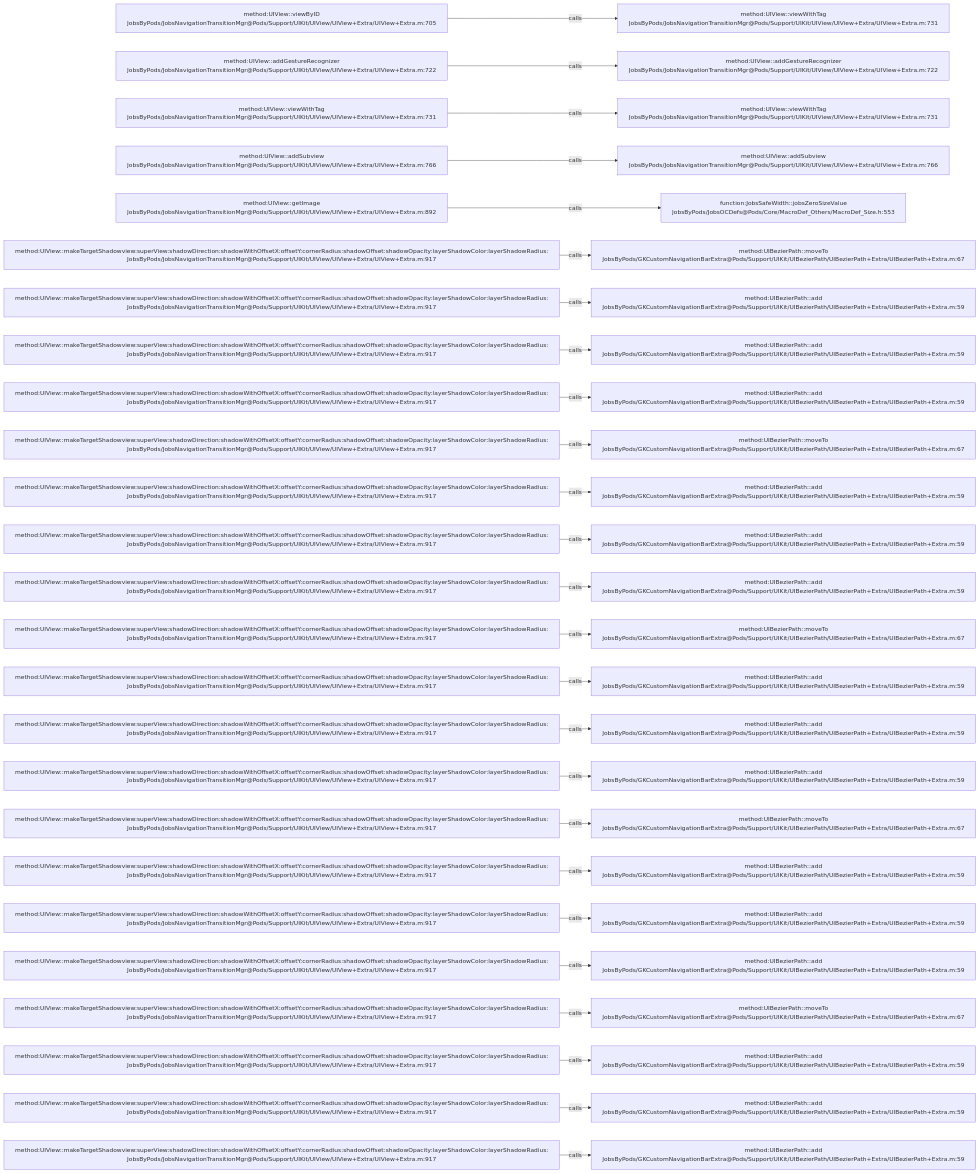
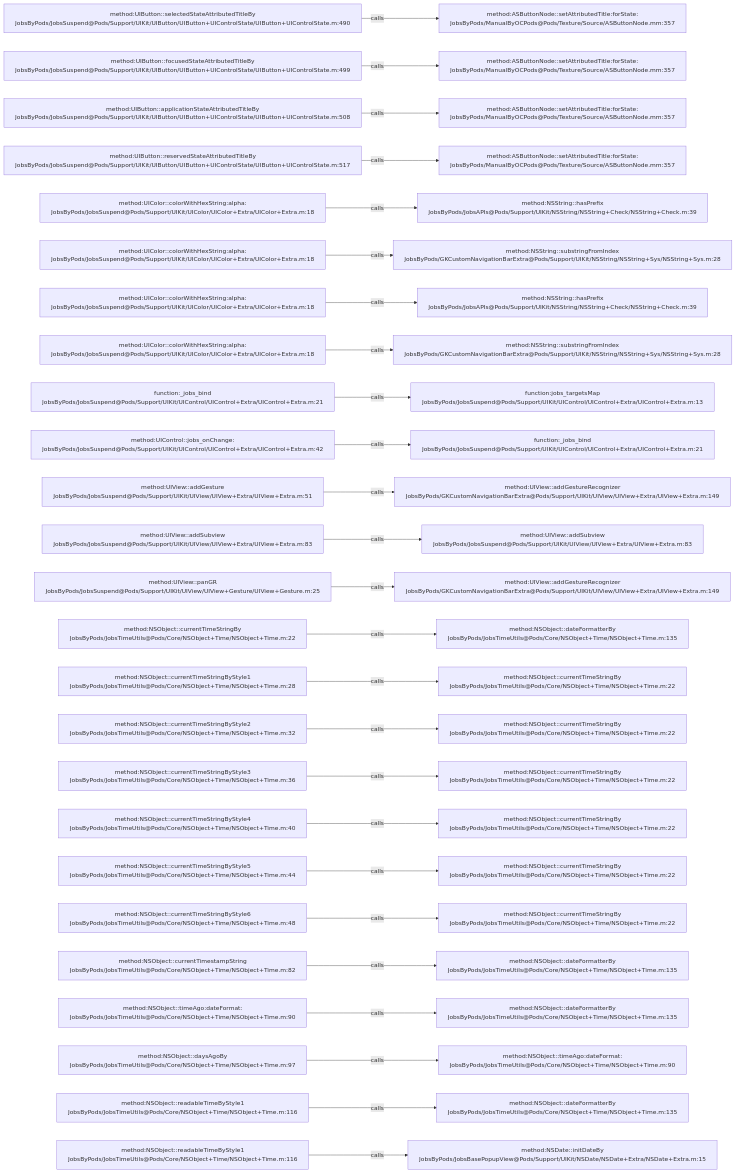
The diagram in .codegraph/codegraph.md/graphs/calls-171.md (JobsKits/JobsOCBaseConfigDemo), drawn with Mermaid before and after one commit. The commit also changed 1026 other files, not shown here.

````diff
--- a/.codegraph/codegraph.md/graphs/calls-171.md
+++ b/.codegraph/codegraph.md/graphs/calls-171.md
@@ -13,78 +13,78 @@
 ```mermaid
 flowchart LR
-  S1["method:UIView::viewByID<br/>JobsByPods/JobsNavigationTransitionMgr@Pods/Support/UIKit/UIView/UIView+Extra/UIView+Extra.m:705"]
-  T1["method:UIView::viewWithTag<br/>JobsByPods/JobsNavigationTransitionMgr@Pods/Support/UIKit/UIView/UIView+Extra/UIView+Extra.m:731"]
+  S1["method:UIButton::selectedStateAttributedTitleBy<br/>JobsByPods/JobsSuspend@Pods/Support/UIKit/UIButton/UIButton+UIControlState/UIButton+UIControlState.m:490"]
+  T1["method:ASButtonNode::setAttributedTitle:forState:<br/>JobsByPods/ManualByOCPods@Pods/Texture/Source/ASButtonNode.mm:357"]
   S1 -->|calls| T1
-  S2["method:UIView::addGestureRecognizer<br/>JobsByPods/JobsNavigationTransitionMgr@Pods/Support/UIKit/UIView/UIView+Extra/UIView+Extra.m:722"]
-  T2["method:UIView::addGestureRecognizer<br/>JobsByPods/JobsNavigationTransitionMgr@Pods/Support/UIKit/UIView/UIView+Extra/UIView+Extra.m:722"]
+  S2["method:UIButton::focusedStateAttributedTitleBy<br/>JobsByPods/JobsSuspend@Pods/Support/UIKit/UIButton/UIButton+UIControlState/UIButton+UIControlState.m:499"]
+  T2["method:ASButtonNode::setAttributedTitle:forState:<br/>JobsByPods/ManualByOCPods@Pods/Texture/Source/ASButtonNode.mm:357"]
   S2 -->|calls| T2
-  S3["method:UIView::viewWithTag<br/>JobsByPods/JobsNavigationTransitionMgr@Pods/Support/UIKit/UIView/UIView+Extra/UIView+Extra.m:731"]
-  T3["method:UIView::viewWithTag<br/>JobsByPods/JobsNavigationTransitionMgr@Pods/Support/UIKit/UIView/UIView+Extra/UIView+Extra.m:731"]
+  S3["method:UIButton::applicationStateAttributedTitleBy<br/>JobsByPods/JobsSuspend@Pods/Support/UIKit/UIButton/UIButton+UIControlState/UIButton+UIControlState.m:508"]
+  T3["method:ASButtonNode::setAttributedTitle:forState:<br/>JobsByPods/ManualByOCPods@Pods/Texture/Source/ASButtonNode.mm:357"]
   S3 -->|calls| T3
-  S4["method:UIView::addSubview<br/>JobsByPods/JobsNavigationTransitionMgr@Pods/Support/UIKit/UIView/UIView+Extra/UIView+Extra.m:766"]
-  T4["method:UIView::addSubview<br/>JobsByPods/JobsNavigationTransitionMgr@Pods/Support/UIKit/UIView/UIView+Extra/UIView+Extra.m:766"]
+  S4["method:UIButton::reservedStateAttributedTitleBy<br/>JobsByPods/JobsSuspend@Pods/Support/UIKit/UIButton/UIButton+UIControlState/UIButton+UIControlState.m:517"]
+  T4["method:ASButtonNode::setAttributedTitle:forState:<br/>JobsByPods/ManualByOCPods@Pods/Texture/Source/ASButtonNode.mm:357"]
   S4 -->|calls| T4
-  S5["method:UIView::getImage<br/>JobsByPods/JobsNavigationTransitionMgr@Pods/Support/UIKit/UIView/UIView+Extra/UIView+Extra.m:892"]
-  T5["function:JobsSafeWidth::jobsZeroSizeValue<br/>JobsByPods/JobsOCDefs@Pods/Core/MacroDef_Others/MacroDef_Size.h:553"]
+  S5["method:UIColor::colorWithHexString:alpha:<br/>JobsByPods/JobsSuspend@Pods/Support/UIKit/UIColor/UIColor+Extra/UIColor+Extra.m:18"]
+  T5["method:NSString::hasPrefix<br/>JobsByPods/JobsAPIs@Pods/Support/UIKit/NSString/NSString+Check/NSString+Check.m:39"]
   S5 -->|calls| T5
-  S6["method:UIView::makeTargetShadowview:superView:shadowDirection:shadowWithOffsetX:offsetY:cornerRadius:shadowOffset:shadowOpacity:layerShadowColor:layerShadowRadius:<br/>JobsByPods/JobsNavigationTransitionMgr@Pods/Support/UIKit/UIView/UIView+Extra/UIView+Extra.m:917"]
-  T6["method:UIBezierPath::moveTo<br/>JobsByPods/GKCustomNavigationBarExtra@Pods/Support/UIKit/UIBezierPath/UIBezierPath+Extra/UIBezierPath+Extra.m:67"]
+  S6["method:UIColor::colorWithHexString:alpha:<br/>JobsByPods/JobsSuspend@Pods/Support/UIKit/UIColor/UIColor+Extra/UIColor+Extra.m:18"]
+  T6["method:NSString::substringFromIndex<br/>JobsByPods/GKCustomNavigationBarExtra@Pods/Support/UIKit/NSString/NSString+Sys/NSString+Sys.m:28"]
   S6 -->|calls| T6
-  S7["method:UIView::makeTargetShadowview:superView:shadowDirection:shadowWithOffsetX:offsetY:cornerRadius:shadowOffset:shadowOpacity:layerShadowColor:layerShadowRadius:<br/>JobsByPods/JobsNavigationTransitionMgr@Pods/Support/UIKit/UIView/UIView+Extra/UIView+Extra.m:917"]
-  T7["method:UIBezierPath::add<br/>JobsByPods/GKCustomNavigationBarExtra@Pods/Support/UIKit/UIBezierPath/UIBezierPath+Extra/UIBezierPath+Extra.m:59"]
+  S7["method:UIColor::colorWithHexString:alpha:<br/>JobsByPods/JobsSuspend@Pods/Support/UIKit/UIColor/UIColor+Extra/UIColor+Extra.m:18"]
+  T7["method:NSString::hasPrefix<br/>JobsByPods/JobsAPIs@Pods/Support/UIKit/NSString/NSString+Check/NSString+Check.m:39"]
   S7 -->|calls| T7
-  S8["method:UIView::makeTargetShadowview:superView:shadowDirection:shadowWithOffsetX:offsetY:cornerRadius:shadowOffset:shadowOpacity:layerShadowColor:layerShadowRadius:<br/>JobsByPods/JobsNavigationTransitionMgr@Pods/Support/UIKit/UIView/UIView+Extra/UIView+Extra.m:917"]
-  T8["method:UIBezierPath::add<br/>JobsByPods/GKCustomNavigationBarExtra@Pods/Support/UIKit/UIBezierPath/UIBezierPath+Extra/UIBezierPath+Extra.m:59"]
+  S8["method:UIColor::colorWithHexString:alpha:<br/>JobsByPods/JobsSuspend@Pods/Support/UIKit/UIColor/UIColor+Extra/UIColor+Extra.m:18"]
+  T8["method:NSString::substringFromIndex<br/>JobsByPods/GKCustomNavigationBarExtra@Pods/Support/UIKit/NSString/NSString+Sys/NSString+Sys.m:28"]
   S8 -->|calls| T8
-  S9["method:UIView::makeTargetShadowview:superView:shadowDirection:shadowWithOffsetX:offsetY:cornerRadius:shadowOffset:shadowOpacity:layerShadowColor:layerShadowRadius:<br/>JobsByPods/JobsNavigationTransitionMgr@Pods/Support/UIKit/UIView/UIView+Extra/UIView+Extra.m:917"]
-  T9["method:UIBezierPath::add<br/>JobsByPods/GKCustomNavigationBarExtra@Pods/Support/UIKit/UIBezierPath/UIBezierPath+Extra/UIBezierPath+Extra.m:59"]
+  S9["function:_jobs_bind<br/>JobsByPods/JobsSuspend@Pods/Support/UIKit/UIControl/UIControl+Extra/UIControl+Extra.m:21"]
+  T9["function:jobs_targetsMap<br/>JobsByPods/JobsSuspend@Pods/Support/UIKit/UIControl/UIControl+Extra/UIControl+Extra.m:13"]
   S9 -->|calls| T9
-  S10["method:UIView::makeTargetShadowview:superView:shadowDirection:shadowWithOffsetX:offsetY:cornerRadius:shadowOffset:shadowOpacity:layerShadowColor:layerShadowRadius:<br/>JobsByPods/JobsNavigationTransitionMgr@Pods/Support/UIKit/UIView/UIView+Extra/UIView+Extra.m:917"]
-  T10["method:UIBezierPath::moveTo<br/>JobsByPods/GKCustomNavigationBarExtra@Pods/Support/UIKit/UIBezierPath/UIBezierPath+Extra/UIBezierPath+Extra.m:67"]
+  S10["method:UIControl::jobs_onChange:<br/>JobsByPods/JobsSuspend@Pods/Support/UIKit/UIControl/UIControl+Extra/UIControl+Extra.m:42"]
+  T10["function:_jobs_bind<br/>JobsByPods/JobsSuspend@Pods/Support/UIKit/UIControl/UIControl+Extra/UIControl+Extra.m:21"]
   S10 -->|calls| T10
-  S11["method:UIView::makeTargetShadowview:superView:shadowDirection:shadowWithOffsetX:offsetY:cornerRadius:shadowOffset:shadowOpacity:layerShadowColor:layerShadowRadius:<br/>JobsByPods/JobsNavigationTransitionMgr@Pods/Support/UIKit/UIView/UIView+Extra/UIView+Extra.m:917"]
-  T11["method:UIBezierPath::add<br/>JobsByPods/GKCustomNavigationBarExtra@Pods/Support/UIKit/UIBezierPath/UIBezierPath+Extra/UIBezierPath+Extra.m:59"]
+  S11["method:UIView::addGesture<br/>JobsByPods/JobsSuspend@Pods/Support/UIKit/UIView/UIView+Extra/UIView+Extra.m:51"]
+  T11["method:UIView::addGestureRecognizer<br/>JobsByPods/GKCustomNavigationBarExtra@Pods/Support/UIKit/UIView/UIView+Extra/UIView+Extra.m:149"]
   S11 -->|calls| T11
-  S12["method:UIView::makeTargetShadowview:superView:shadowDirection:shadowWithOffsetX:offsetY:cornerRadius:shadowOffset:shadowOpacity:layerShadowColor:layerShadowRadius:<br/>JobsByPods/JobsNavigationTransitionMgr@Pods/Support/UIKit/UIView/UIView+Extra/UIView+Extra.m:917"]
-  T12["method:UIBezierPath::add<br/>JobsByPods/GKCustomNavigationBarExtra@Pods/Support/UIKit/UIBezierPath/UIBezierPath+Extra/UIBezierPath+Extra.m:59"]
+  S12["method:UIView::addSubview<br/>JobsByPods/JobsSuspend@Pods/Support/UIKit/UIView/UIView+Extra/UIView+Extra.m:83"]
+  T12["method:UIView::addSubview<br/>JobsByPods/JobsSuspend@Pods/Support/UIKit/UIView/UIView+Extra/UIView+Extra.m:83"]
   S12 -->|calls| T12
-  S13["method:UIView::makeTargetShadowview:superView:shadowDirection:shadowWithOffsetX:offsetY:cornerRadius:shadowOffset:shadowOpacity:layerShadowColor:layerShadowRadius:<br/>JobsByPods/JobsNavigationTransitionMgr@Pods/Support/UIKit/UIView/UIView+Extra/UIView+Extra.m:917"]
-  T13["method:UIBezierPath::add<br/>JobsByPods/GKCustomNavigationBarExtra@Pods/Support/UIKit/UIBezierPath/UIBezierPath+Extra/UIBezierPath+Extra.m:59"]
+  S13["method:UIView::panGR<br/>JobsByPods/JobsSuspend@Pods/Support/UIKit/UIView/UIView+Gesture/UIView+Gesture.m:25"]
+  T13["method:UIView::addGestureRecognizer<br/>JobsByPods/GKCustomNavigationBarExtra@Pods/Support/UIKit/UIView/UIView+Extra/UIView+Extra.m:149"]
   S13 -->|calls| T13
-  S14["method:UIView::makeTargetShadowview:superView:shadowDirection:shadowWithOffsetX:offsetY:cornerRadius:shadowOffset:shadowOpacity:layerShadowColor:layerShadowRadius:<br/>JobsByPods/JobsNavigationTransitionMgr@Pods/Support/UIKit/UIView/UIView+Extra/UIView+Extra.m:917"]
-  T14["method:UIBezierPath::moveTo<br/>JobsByPods/GKCustomNavigationBarExtra@Pods/Support/UIKit/UIBezierPath/UIBezierPath+Extra/UIBezierPath+Extra.m:67"]
+  S14["method:NSObject::currentTimeStringBy<br/>JobsByPods/JobsTimeUtils@Pods/Core/NSObject+Time/NSObject+Time.m:22"]
+  T14["method:NSObject::dateFormatterBy<br/>JobsByPods/JobsTimeUtils@Pods/Core/NSObject+Time/NSObject+Time.m:135"]
   S14 -->|calls| T14
-  S15["method:UIView::makeTargetShadowview:superView:shadowDirection:shadowWithOffsetX:offsetY:cornerRadius:shadowOffset:shadowOpacity:layerShadowColor:layerShadowRadius:<br/>JobsByPods/JobsNavigationTransitionMgr@Pods/Support/UIKit/UIView/UIView+Extra/UIView+Extra.m:917"]
-  T15["method:UIBezierPath::add<br/>JobsByPods/GKCustomNavigationBarExtra@Pods/Support/UIKit/UIBezierPath/UIBezierPath+Extra/UIBezierPath+Extra.m:59"]
+  S15["method:NSObject::currentTimeStringByStyle1<br/>JobsByPods/JobsTimeUtils@Pods/Core/NSObject+Time/NSObject+Time.m:28"]
+  T15["method:NSObject::currentTimeStringBy<br/>JobsByPods/JobsTimeUtils@Pods/Core/NSObject+Time/NSObject+Time.m:22"]
   S15 -->|calls| T15
-  S16["method:UIView::makeTargetShadowview:superView:shadowDirection:shadowWithOffsetX:offsetY:cornerRadius:shadowOffset:shadowOpacity:layerShadowColor:layerShadowRadius:<br/>JobsByPods/JobsNavigationTransitionMgr@Pods/Support/UIKit/UIView/UIView+Extra/UIView+Extra.m:917"]
-  T16["method:UIBezierPath::add<br/>JobsByPods/GKCustomNavigationBarExtra@Pods/Support/UIKit/UIBezierPath/UIBezierPath+Extra/UIBezierPath+Extra.m:59"]
+  S16["method:NSObject::currentTimeStringByStyle2<br/>JobsByPods/JobsTimeUtils@Pods/Core/NSObject+Time/NSObject+Time.m:32"]
+  T16["method:NSObject::currentTimeStringBy<br/>JobsByPods/JobsTimeUtils@Pods/Core/NSObject+Time/NSObject+Time.m:22"]
   S16 -->|calls| T16
-  S17["method:UIView::makeTargetShadowview:superView:shadowDirection:shadowWithOffsetX:offsetY:cornerRadius:shadowOffset:shadowOpacity:layerShadowColor:layerShadowRadius:<br/>JobsByPods/JobsNavigationTransitionMgr@Pods/Support/UIKit/UIView/UIView+Extra/UIView+Extra.m:917"]
-  T17["method:UIBezierPath::add<br/>JobsByPods/GKCustomNavigationBarExtra@Pods/Support/UIKit/UIBezierPath/UIBezierPath+Extra/UIBezierPath+Extra.m:59"]
+  S17["method:NSObject::currentTimeStringByStyle3<br/>JobsByPods/JobsTimeUtils@Pods/Core/NSObject+Time/NSObject+Time.m:36"]
+  T17["method:NSObject::currentTimeStringBy<br/>JobsByPods/JobsTimeUtils@Pods/Core/NSObject+Time/NSObject+Time.m:22"]
   S17 -->|calls| T17
-  S18["method:UIView::makeTargetShadowview:superView:shadowDirection:shadowWithOffsetX:offsetY:cornerRadius:shadowOffset:shadowOpacity:layerShadowColor:layerShadowRadius:<br/>JobsByPods/JobsNavigationTransitionMgr@Pods/Support/UIKit/UIView/UIView+Extra/UIView+Extra.m:917"]
-  T18["method:UIBezierPath::moveTo<br/>JobsByPods/GKCustomNavigationBarExtra@Pods/Support/UIKit/UIBezierPath/UIBezierPath+Extra/UIBezierPath+Extra.m:67"]
+  S18["method:NSObject::currentTimeStringByStyle4<br/>JobsByPods/JobsTimeUtils@Pods/Core/NSObject+Time/NSObject+Time.m:40"]
+  T18["method:NSObject::currentTimeStringBy<br/>JobsByPods/JobsTimeUtils@Pods/Core/NSObject+Time/NSObject+Time.m:22"]
   S18 -->|calls| T18
-  S19["method:UIView::makeTargetShadowview:superView:shadowDirection:shadowWithOffsetX:offsetY:cornerRadius:shadowOffset:shadowOpacity:layerShadowColor:layerShadowRadius:<br/>JobsByPods/JobsNavigationTransitionMgr@Pods/Support/UIKit/UIView/UIView+Extra/UIView+Extra.m:917"]
-  T19["method:UIBezierPath::add<br/>JobsByPods/GKCustomNavigationBarExtra@Pods/Support/UIKit/UIBezierPath/UIBezierPath+Extra/UIBezierPath+Extra.m:59"]
+  S19["method:NSObject::currentTimeStringByStyle5<br/>JobsByPods/JobsTimeUtils@Pods/Core/NSObject+Time/NSObject+Time.m:44"]
+  T19["method:NSObject::currentTimeStringBy<br/>JobsByPods/JobsTimeUtils@Pods/Core/NSObject+Time/NSObject+Time.m:22"]
   S19 -->|calls| T19
-  S20["method:UIView::makeTargetShadowview:superView:shadowDirection:shadowWithOffsetX:offsetY:cornerRadius:shadowOffset:shadowOpacity:layerShadowColor:layerShadowRadius:<br/>JobsByPods/JobsNavigationTransitionMgr@Pods/Support/UIKit/UIView/UIView+Extra/UIView+Extra.m:917"]
-  T20["method:UIBezierPath::add<br/>JobsByPods/GKCustomNavigationBarExtra@Pods/Support/UIKit/UIBezierPath/UIBezierPath+Extra/UIBezierPath+Extra.m:59"]
+  S20["method:NSObject::currentTimeStringByStyle6<br/>JobsByPods/JobsTimeUtils@Pods/Core/NSObject+Time/NSObject+Time.m:48"]
+  T20["method:NSObject::currentTimeStringBy<br/>JobsByPods/JobsTimeUtils@Pods/Core/NSObject+Time/NSObject+Time.m:22"]
   S20 -->|calls| T20
-  S21["method:UIView::makeTargetShadowview:superView:shadowDirection:shadowWithOffsetX:offsetY:cornerRadius:shadowOffset:shadowOpacity:layerShadowColor:layerShadowRadius:<br/>JobsByPods/JobsNavigationTransitionMgr@Pods/Support/UIKit/UIView/UIView+Extra/UIView+Extra.m:917"]
-  T21["method:UIBezierPath::add<br/>JobsByPods/GKCustomNavigationBarExtra@Pods/Support/UIKit/UIBezierPath/UIBezierPath+Extra/UIBezierPath+Extra.m:59"]
+  S21["method:NSObject::currentTimestampString<br/>JobsByPods/JobsTimeUtils@Pods/Core/NSObject+Time/NSObject+Time.m:82"]
+  T21["method:NSObject::dateFormatterBy<br/>JobsByPods/JobsTimeUtils@Pods/Core/NSObject+Time/NSObject+Time.m:135"]
   S21 -->|calls| T21
-  S22["method:UIView::makeTargetShadowview:superView:shadowDirection:shadowWithOffsetX:offsetY:cornerRadius:shadowOffset:shadowOpacity:layerShadowColor:layerShadowRadius:<br/>JobsByPods/JobsNavigationTransitionMgr@Pods/Support/UIKit/UIView/UIView+Extra/UIView+Extra.m:917"]
-  T22["method:UIBezierPath::moveTo<br/>JobsByPods/GKCustomNavigationBarExtra@Pods/Support/UIKit/UIBezierPath/UIBezierPath+Extra/UIBezierPath+Extra.m:67"]
+  S22["method:NSObject::timeAgo:dateFormat:<br/>JobsByPods/JobsTimeUtils@Pods/Core/NSObject+Time/NSObject+Time.m:90"]
+  T22["method:NSObject::dateFormatterBy<br/>JobsByPods/JobsTimeUtils@Pods/Core/NSObject+Time/NSObject+Time.m:135"]
   S22 -->|calls| T22
-  S23["method:UIView::makeTargetShadowview:superView:shadowDirection:shadowWithOffsetX:offsetY:cornerRadius:shadowOffset:shadowOpacity:layerShadowColor:layerShadowRadius:<br/>JobsByPods/JobsNavigationTransitionMgr@Pods/Support/UIKit/UIView/UIView+Extra/UIView+Extra.m:917"]
-  T23["method:UIBezierPath::add<br/>JobsByPods/GKCustomNavigationBarExtra@Pods/Support/UIKit/UIBezierPath/UIBezierPath+Extra/UIBezierPath+Extra.m:59"]
+  S23["method:NSObject::daysAgoBy<br/>JobsByPods/JobsTimeUtils@Pods/Core/NSObject+Time/NSObject+Time.m:97"]
+  T23["method:NSObject::timeAgo:dateFormat:<br/>JobsByPods/JobsTimeUtils@Pods/Core/NSObject+Time/NSObject+Time.m:90"]
   S23 -->|calls| T23
-  S24["method:UIView::makeTargetShadowview:superView:shadowDirection:shadowWithOffsetX:offsetY:cornerRadius:shadowOffset:shadowOpacity:layerShadowColor:layerShadowRadius:<br/>JobsByPods/JobsNavigationTransitionMgr@Pods/Support/UIKit/UIView/UIView+Extra/UIView+Extra.m:917"]
-  T24["method:UIBezierPath::add<br/>JobsByPods/GKCustomNavigationBarExtra@Pods/Support/UIKit/UIBezierPath/UIBezierPath+Extra/UIBezierPath+Extra.m:59"]
+  S24["method:NSObject::readableTimeByStyle1<br/>JobsByPods/JobsTimeUtils@Pods/Core/NSObject+Time/NSObject+Time.m:116"]
+  T24["method:NSObject::dateFormatterBy<br/>JobsByPods/JobsTimeUtils@Pods/Core/NSObject+Time/NSObject+Time.m:135"]
   S24 -->|calls| T24
-  S25["method:UIView::makeTargetShadowview:superView:shadowDirection:shadowWithOffsetX:offsetY:cornerRadius:shadowOffset:shadowOpacity:layerShadowColor:layerShadowRadius:<br/>JobsByPods/JobsNavigationTransitionMgr@Pods/Support/UIKit/UIView/UIView+Extra/UIView+Extra.m:917"]
-  T25["method:UIBezierPath::add<br/>JobsByPods/GKCustomNavigationBarExtra@Pods/Support/UIKit/UIBezierPath/UIBezierPath+Extra/UIBezierPath+Extra.m:59"]
+  S25["method:NSObject::readableTimeByStyle1<br/>JobsByPods/JobsTimeUtils@Pods/Core/NSObject+Time/NSObject+Time.m:116"]
+  T25["method:NSDate::initDateBy<br/>JobsByPods/JobsBasePopupView@Pods/Support/UIKit/NSDate/NSDate+Extra/NSDate+Extra.m:15"]
   S25 -->|calls| T25
 ```
````
